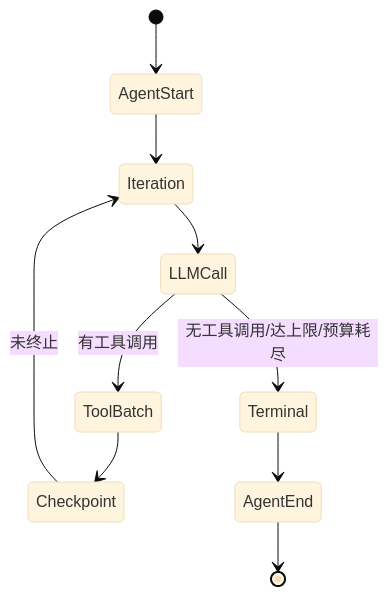
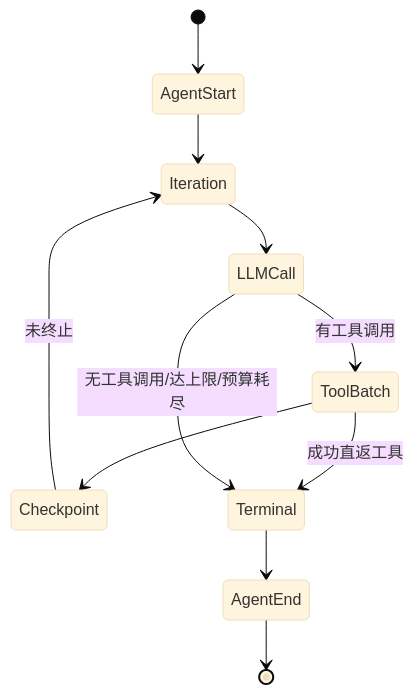
Before and after one commit to vogo/vage: the diagram in doc/domains/agent/agent-core/agent-core.md, drawn with Mermaid (base theme). The commit also changed other lines of this file and 7 other files, not shown here.

````diff
--- a/doc/domains/agent/agent-core/agent-core.md
+++ b/doc/domains/agent/agent-core/agent-core.md
@@ -89,12 +90,13 @@
 ```mermaid
 stateDiagram-v2
     [*] --> AgentStart
     AgentStart --> Iteration
     Iteration --> LLMCall
     LLMCall --> ToolBatch: 有工具调用
     ToolBatch --> Checkpoint
     Checkpoint --> Iteration: 未终止
+    ToolBatch --> Terminal: 成功直返工具
     LLMCall --> Terminal: 无工具调用/达上限/预算耗尽
     Terminal --> AgentEnd
     AgentEnd --> [*]
 ```
````
